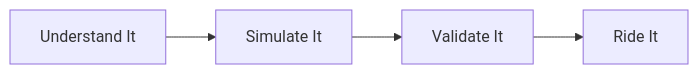
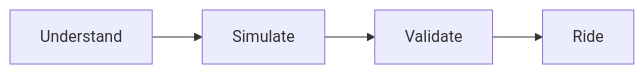
One commit to tspreck/ferrous-drive changed the first of 3 diagrams in README.md. Above: the diagram before and after it, drawn with Mermaid.

Commit message:
Simplify flowchart labels in README

````diff
--- a/README.md
+++ b/README.md
@@ -48,6 +48,6 @@
 ```mermaid
 flowchart LR
-    A[Understand It] --> B[Simulate It]
-    B --> C[Validate It]
-    C --> D[Ride It]
+    A[Understand] --> B[Simulate]
+    B --> C[Validate]
+    C --> D[Ride]
 ```
````
